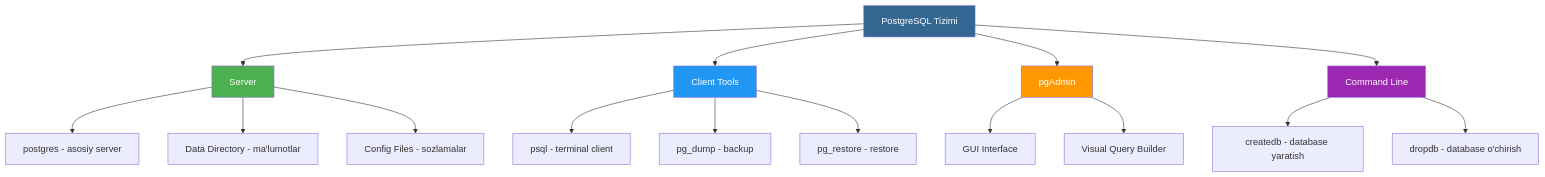
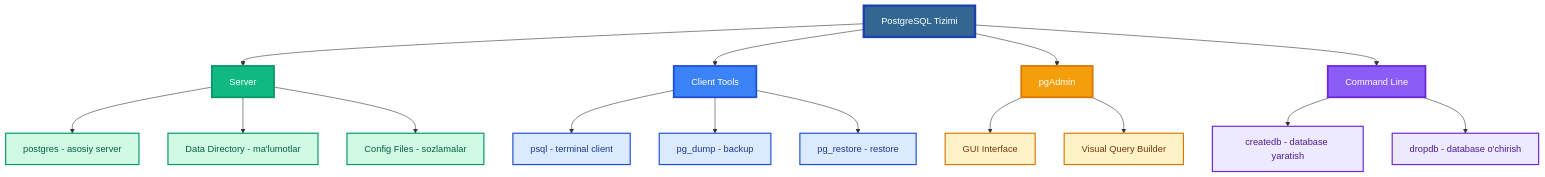
One commit to deepcode-academy/PSQL-Tutorials changed the seventh of 8 diagrams in 01-postgresql/README.md. Above: the diagram before and after it, drawn with Mermaid. The commit also changed other lines of this file, not shown here.

````diff
--- a/01-postgresql/README.md
+++ b/01-postgresql/README.md
@@ -279,27 +299,37 @@
 ```mermaid
 graph TB
     A[PostgreSQL Tizimi] --> B[Server]
     A --> C[Client Tools]
     A --> D[pgAdmin]
     A --> E[Command Line]
     
     B --> B1[postgres - asosiy server]
     B --> B2[Data Directory - ma'lumotlar]
     B --> B3[Config Files - sozlamalar]
     
     C --> C1[psql - terminal client]
     C --> C2[pg_dump - backup]
     C --> C3[pg_restore - restore]
     
     D --> D1[GUI Interface]
     D --> D2[Visual Query Builder]
     
     E --> E1[createdb - database yaratish]
     E --> E2[dropdb - database o'chirish]
     
-    style A fill:#336791,color:#fff
-    style B fill:#4CAF50,color:#fff
-    style C fill:#2196F3,color:#fff
-    style D fill:#FF9800,color:#fff
-    style E fill:#9C27B0,color:#fff
+    style A fill:#336791,color:#fff,stroke:#1e40af,stroke-width:4px
+    style B fill:#10b981,color:#fff,stroke:#059669,stroke-width:3px
+    style C fill:#3b82f6,color:#fff,stroke:#1d4ed8,stroke-width:3px
+    style D fill:#f59e0b,color:#fff,stroke:#d97706,stroke-width:3px
+    style E fill:#8b5cf6,color:#fff,stroke:#6d28d9,stroke-width:3px
+    style B1 fill:#d1fae5,color:#065f46,stroke:#059669,stroke-width:2px
+    style B2 fill:#d1fae5,color:#065f46,stroke:#059669,stroke-width:2px
+    style B3 fill:#d1fae5,color:#065f46,stroke:#059669,stroke-width:2px
+    style C1 fill:#dbeafe,color:#1e3a8a,stroke:#1d4ed8,stroke-width:2px
+    style C2 fill:#dbeafe,color:#1e3a8a,stroke:#1d4ed8,stroke-width:2px
+    style C3 fill:#dbeafe,color:#1e3a8a,stroke:#1d4ed8,stroke-width:2px
+    style D1 fill:#fef3c7,color:#78350f,stroke:#d97706,stroke-width:2px
+    style D2 fill:#fef3c7,color:#78350f,stroke:#d97706,stroke-width:2px
+    style E1 fill:#ede9fe,color:#4c1d95,stroke:#6d28d9,stroke-width:2px
+    style E2 fill:#ede9fe,color:#4c1d95,stroke:#6d28d9,stroke-width:2px
 ```
````
